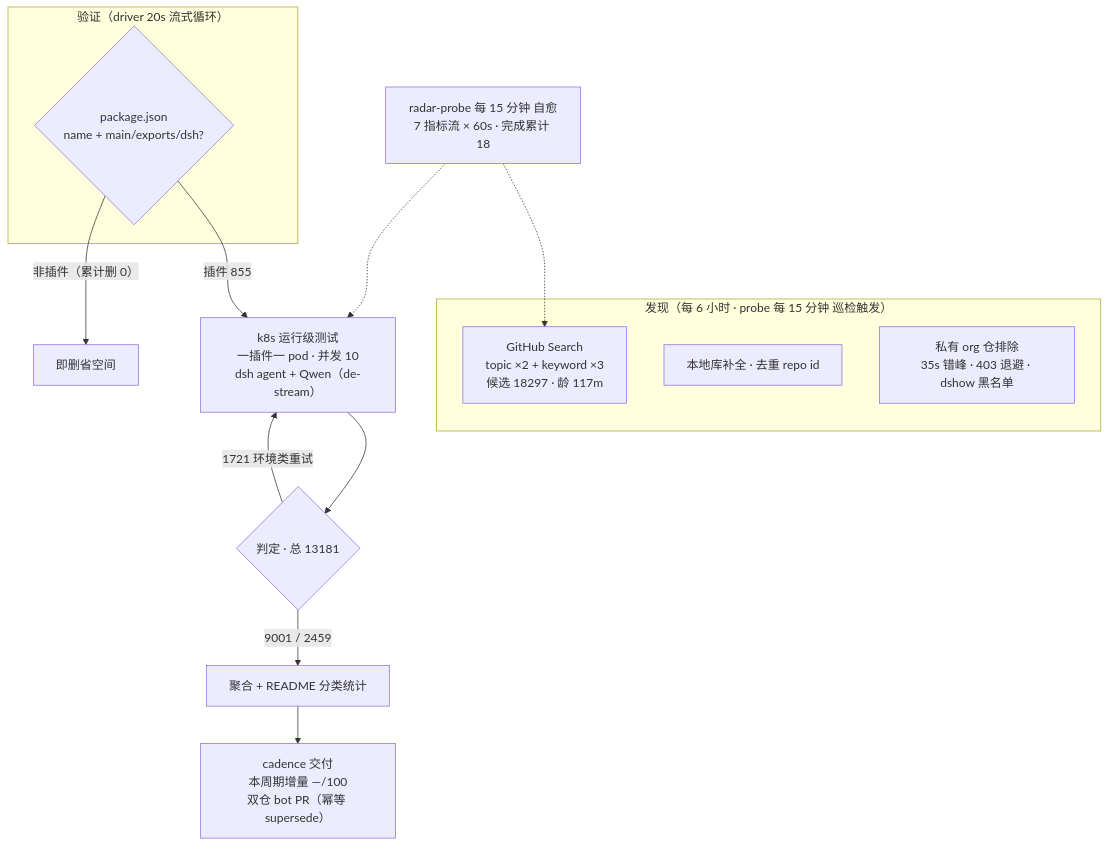
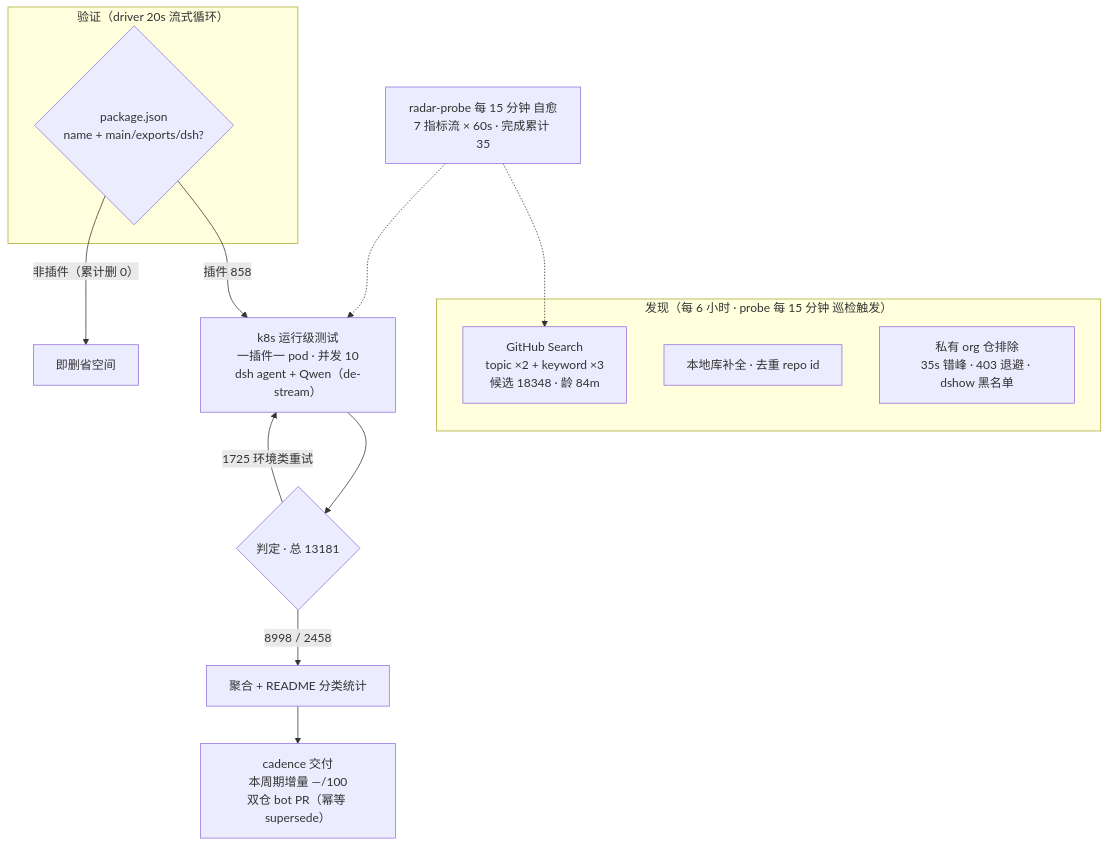
Before and after one commit to AdamPlatin123/awesome-dsh-plugins: the diagram in README.md, drawn with Mermaid. The commit also changed other lines of this file and 15 other files, not shown here.

````diff
--- a/README.md
+++ b/README.md
@@ -52,20 +52,20 @@
 ```mermaid
 flowchart TB
     subgraph Discovery["发现（每 6 小时 · probe 每 15 分钟 巡检触发）"]
-        A1["GitHub Search<br/>topic ×2 + keyword ×3<br/>候选 18297 · 龄 117m"]
+        A1["GitHub Search<br/>topic ×2 + keyword ×3<br/>候选 18348 · 龄 84m"]
         A2["本地库补全 · 去重 repo id"]
         A3["私有 org 仓排除<br/>35s 错峰 · 403 退避 · dshow 黑名单"]
     end
     subgraph Validation["验证（driver 20s 流式循环）"]
         B1{"package.json<br/>name + main/exports/dsh?"}
     end
-    B1 -->|"插件 855"| C1["k8s 运行级测试<br/>一插件一 pod · 并发 10<br/>dsh agent + Qwen（de-stream）"]
+    B1 -->|"插件 858"| C1["k8s 运行级测试<br/>一插件一 pod · 并发 10<br/>dsh agent + Qwen（de-stream）"]
     B1 -->|"非插件（累计删 0）"| B3["即删省空间"]
     C1 --> D1{"判定 · 总 13181"}
-    D1 -->|"9001 / 2459"| E1["聚合 + README 分类统计"]
-    D1 -->|"1721 环境类重试"| C1
+    D1 -->|"8998 / 2458"| E1["聚合 + README 分类统计"]
+    D1 -->|"1725 环境类重试"| C1
     E1 --> E2["cadence 交付<br/>本周期增量 —/100<br/>双仓 bot PR（幂等 supersede）"]
-    M["radar-probe 每 15 分钟 自愈<br/>7 指标流 × 60s · 完成累计 18"]
+    M["radar-probe 每 15 分钟 自愈<br/>7 指标流 × 60s · 完成累计 35"]
     M -.-> A1
     M -.-> C1
 ```
````
